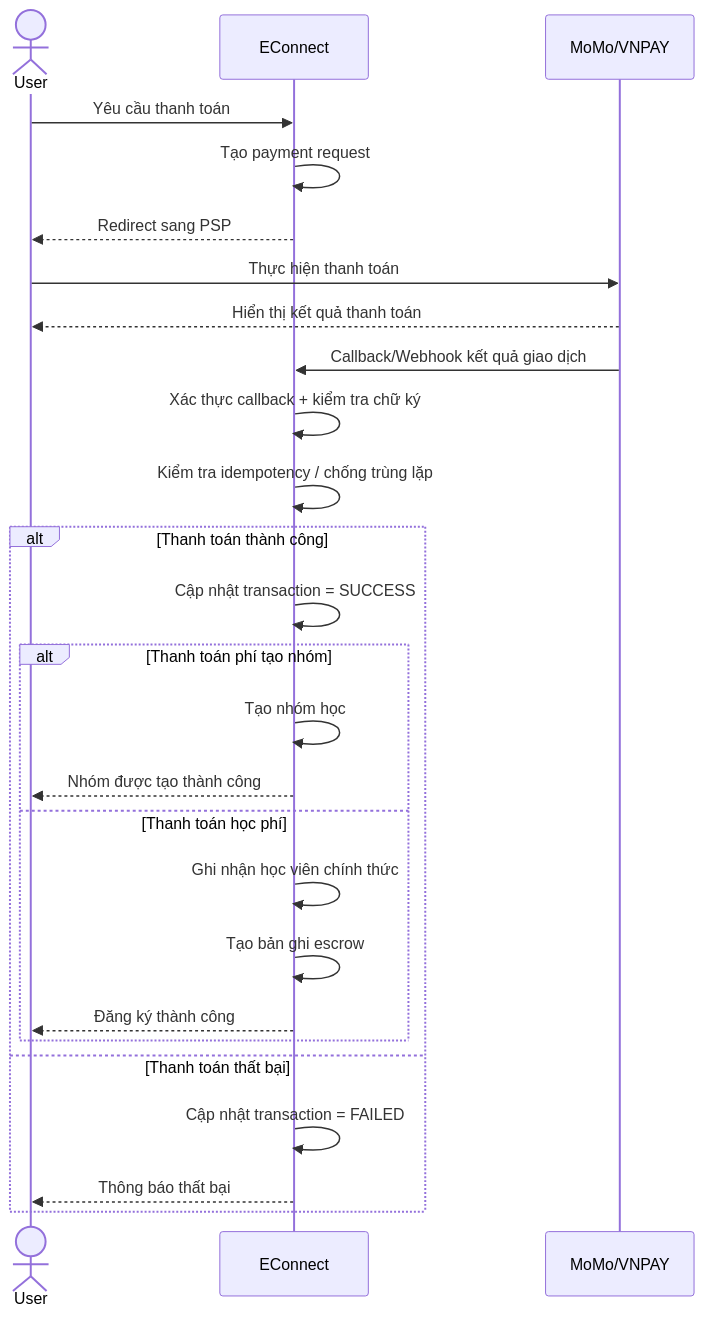
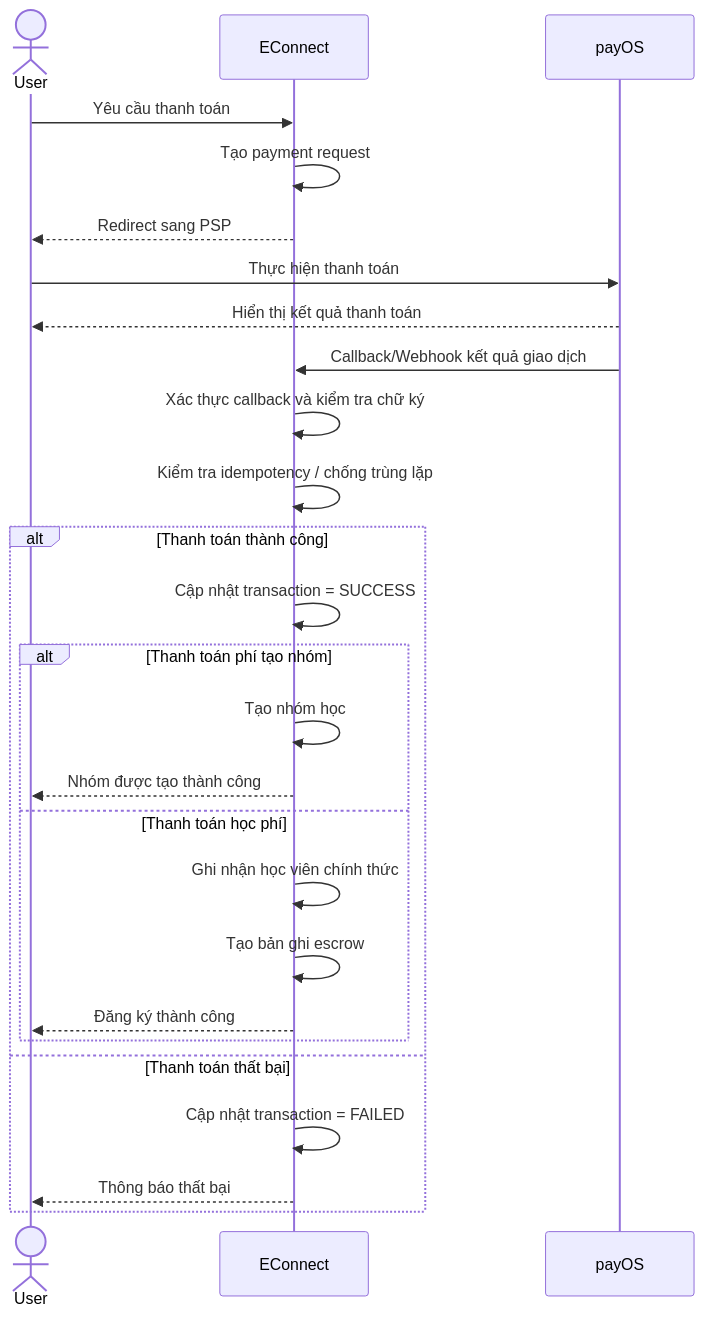
One commit to luongnc2k/econnect changed the second of 8 diagrams in client/lib/features/payments/README.md. Above: the diagram before and after it, drawn with Mermaid. The commit also changed other lines of this file and 49 other files, not shown here.

````diff
--- a/client/lib/features/payments/README.md
+++ b/client/lib/features/payments/README.md
@@ -71,32 +69,32 @@
 ```mermaid
 sequenceDiagram
     actor User
     participant E as EConnect
-    participant PSP as MoMo/VNPAY
+    participant PSP as payOS
 
     User->>E: Yêu cầu thanh toán
     E->>E: Tạo payment request
     E-->>User: Redirect sang PSP
 
     User->>PSP: Thực hiện thanh toán
     PSP-->>User: Hiển thị kết quả thanh toán
     PSP->>E: Callback/Webhook kết quả giao dịch
 
-    E->>E: Xác thực callback + kiểm tra chữ ký
+    E->>E: Xác thực callback và kiểm tra chữ ký
     E->>E: Kiểm tra idempotency / chống trùng lặp
 
     alt Thanh toán thành công
         E->>E: Cập nhật transaction = SUCCESS
         alt Thanh toán phí tạo nhóm
             E->>E: Tạo nhóm học
             E-->>User: Nhóm được tạo thành công
         else Thanh toán học phí
             E->>E: Ghi nhận học viên chính thức
             E->>E: Tạo bản ghi escrow
             E-->>User: Đăng ký thành công
         end
     else Thanh toán thất bại
         E->>E: Cập nhật transaction = FAILED
         E-->>User: Thông báo thất bại
     end
 ```
````
